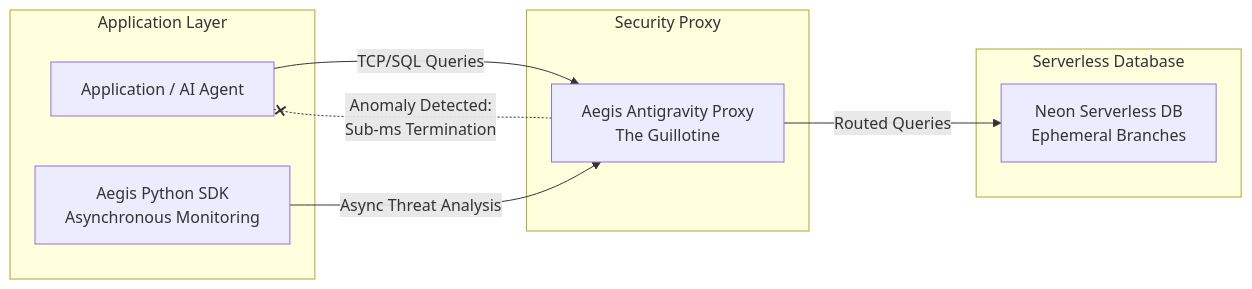
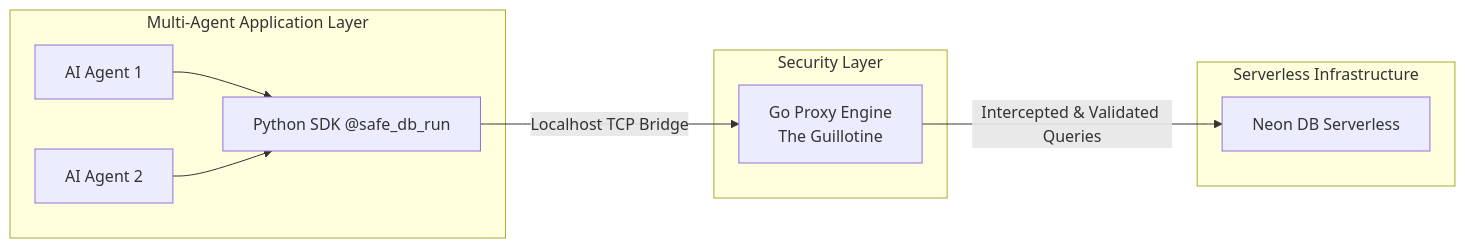
Before and after one commit to raymondhani/aegis-proxy: the diagram in README.md, drawn with Mermaid. The commit also changed other lines of this file and 13 other files, not shown here.

Commit message:
docs: standardize repository onboarding and multi-agent documentation

````diff
--- a/README.md
+++ b/README.md
@@ -26,20 +36,21 @@
 ```mermaid
 flowchart LR
-    subgraph Application Layer
-        App[Application / AI Agent]
-        SDK[Aegis Python SDK\nAsynchronous Monitoring]
+    subgraph Multi-Agent Application Layer
+        Agent1[AI Agent 1]
+        Agent2[AI Agent 2]
+        SDK[Python SDK @safe_db_run]
     end
 
-    subgraph Security Proxy
-        Proxy[Aegis Antigravity Proxy\nThe Guillotine]
+    subgraph Security Layer
+        Proxy[Go Proxy Engine\nThe Guillotine]
     end
 
-    subgraph Serverless Database
-        Neon[Neon Serverless DB\nEphemeral Branches]
+    subgraph Serverless Infrastructure
+        Neon[Neon DB Serverless]
     end
 
-    App -- "TCP/SQL Queries" --> Proxy
-    SDK -- "Async Threat Analysis" --> Proxy
-    Proxy -- "Routed Queries" --> Neon
-    Proxy -. "Anomaly Detected:\nSub-ms Termination" .-x App
+    Agent1 --> SDK
+    Agent2 --> SDK
+    SDK -- "Localhost TCP Bridge" --> Proxy
+    Proxy -- "Intercepted & Validated Queries" --> Neon
 ```
````
